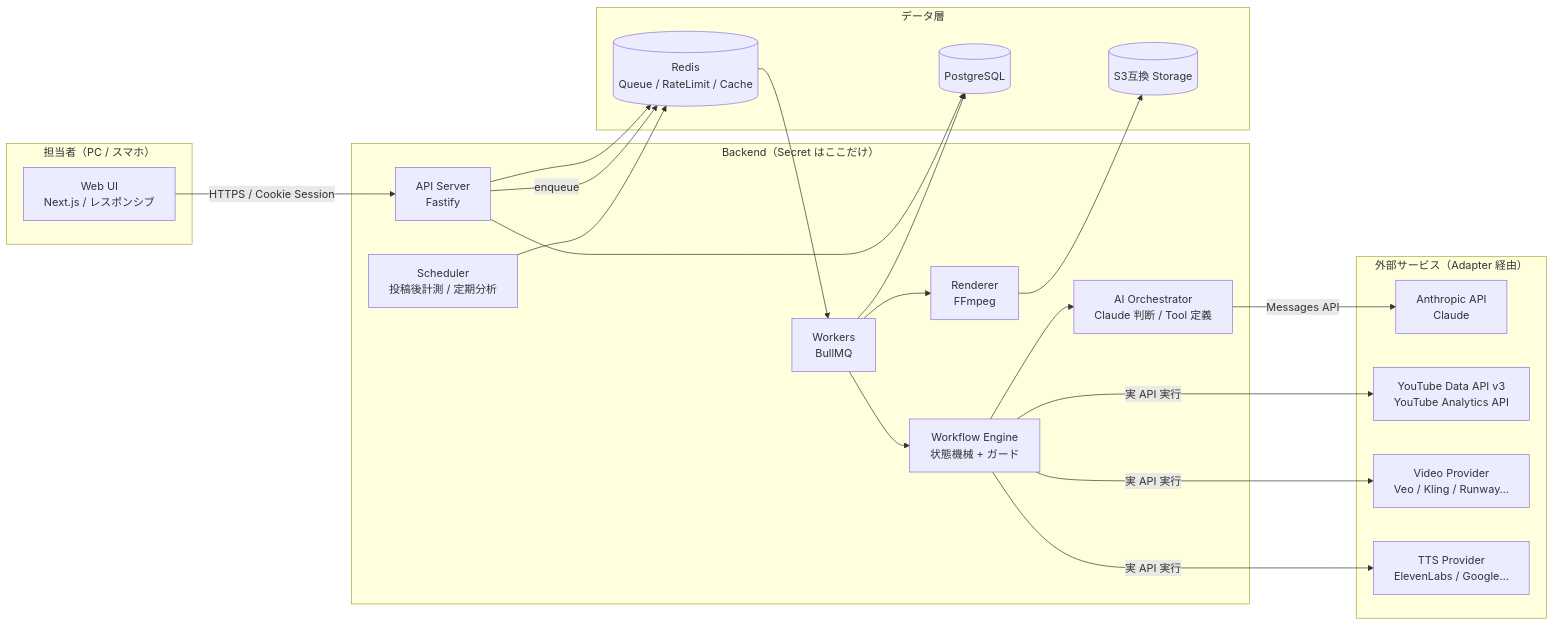
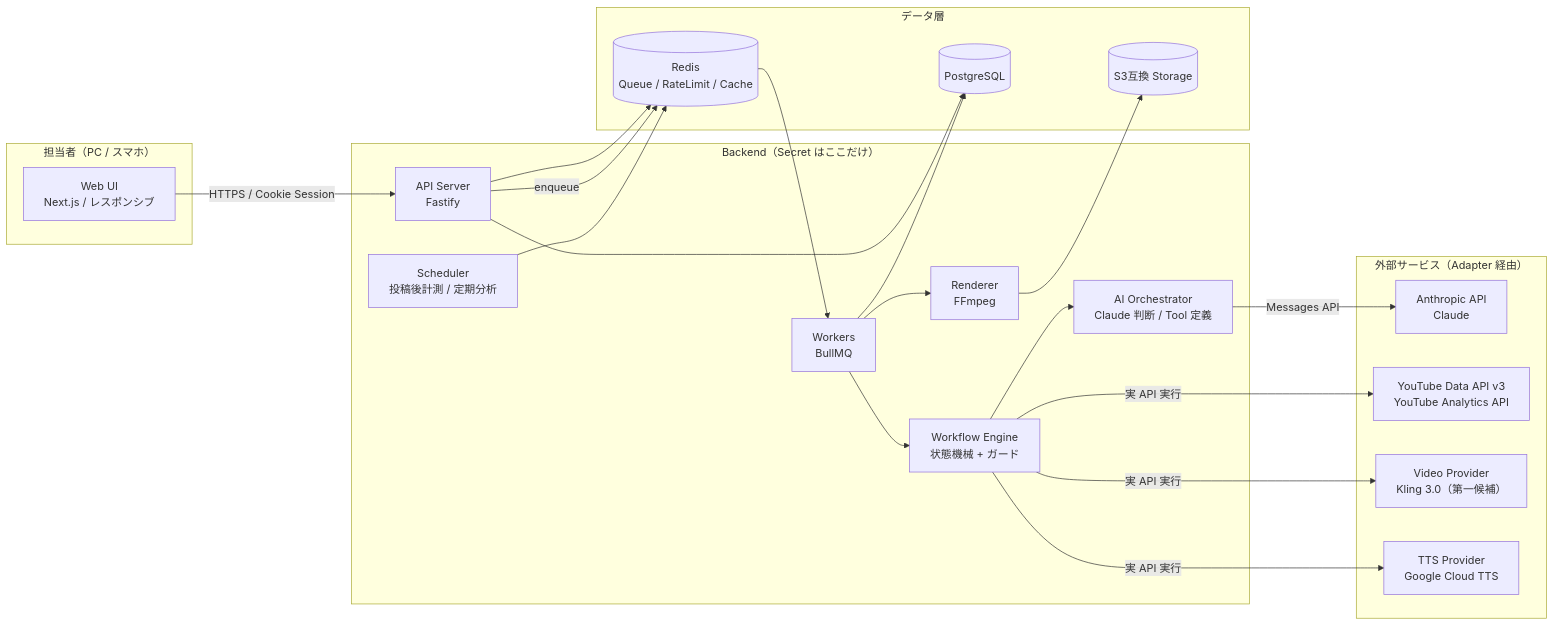
One commit to gangidenset/ai-youtube-agent changed the first of 2 diagrams in docs/design-proposal.md. Above: the diagram before and after it, drawn with Mermaid. The commit also changed other lines of this file and 9 other files, not shown here.

First line of the commit message:
docs: record design decisions (Kling 3.0, Google TTS, Render, ja/JP, AUTO_TOP)

````diff
--- a/docs/design-proposal.md
+++ b/docs/design-proposal.md
@@ -34,41 +34,41 @@
 ```mermaid
 flowchart LR
   subgraph Client["担当者（PC / スマホ）"]
     UI[Web UI<br/>Next.js / レスポンシブ]
   end
 
   subgraph Backend["Backend（Secret はここだけ）"]
     API[API Server<br/>Fastify]
     WE[Workflow Engine<br/>状態機械 + ガード]
     ORC[AI Orchestrator<br/>Claude 判断 / Tool 定義]
     WK[Workers<br/>BullMQ]
     SCH[Scheduler<br/>投稿後計測 / 定期分析]
     REN[Renderer<br/>FFmpeg]
   end
 
   subgraph Data["データ層"]
     PG[(PostgreSQL)]
     RD[(Redis<br/>Queue / RateLimit / Cache)]
     S3[(S3互換 Storage)]
   end
 
   subgraph External["外部サービス（Adapter 経由）"]
     CL[Anthropic API<br/>Claude]
     YT[YouTube Data API v3<br/>YouTube Analytics API]
-    VG[Video Provider<br/>Veo / Kling / Runway…]
-    TTS[TTS Provider<br/>ElevenLabs / Google…]
+    VG[Video Provider<br/>Kling 3.0（第一候補）]
+    TTS[TTS Provider<br/>Google Cloud TTS]
   end
 
   UI -- HTTPS / Cookie Session --> API
   API --> PG
   API --> RD
   API -- enqueue --> RD
   RD --> WK
   WK --> WE
   WE --> ORC
   ORC -- Messages API --> CL
   WE -- 実 API 実行 --> YT & VG & TTS
   WK --> REN --> S3
   WK --> PG
   SCH --> RD
 ```
````
